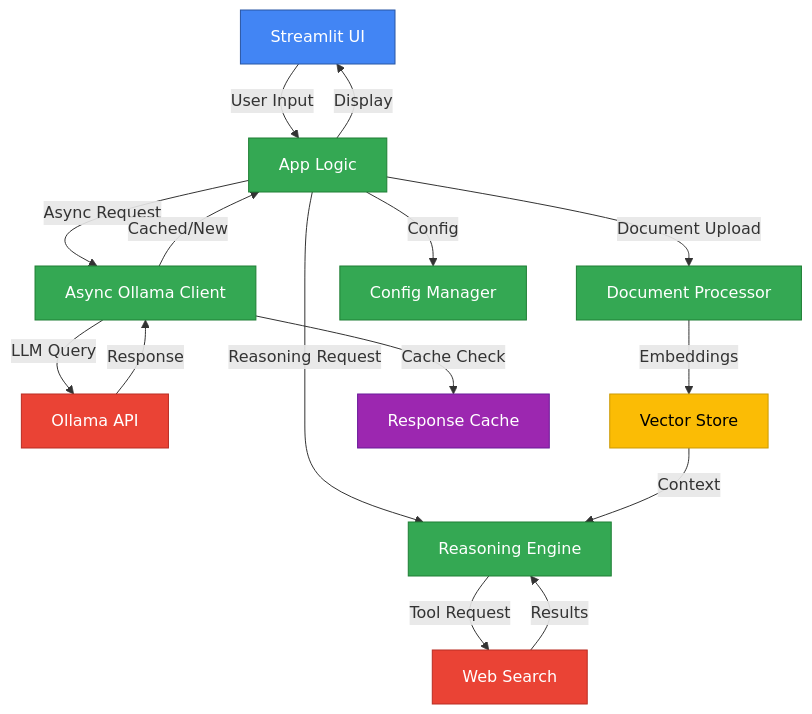
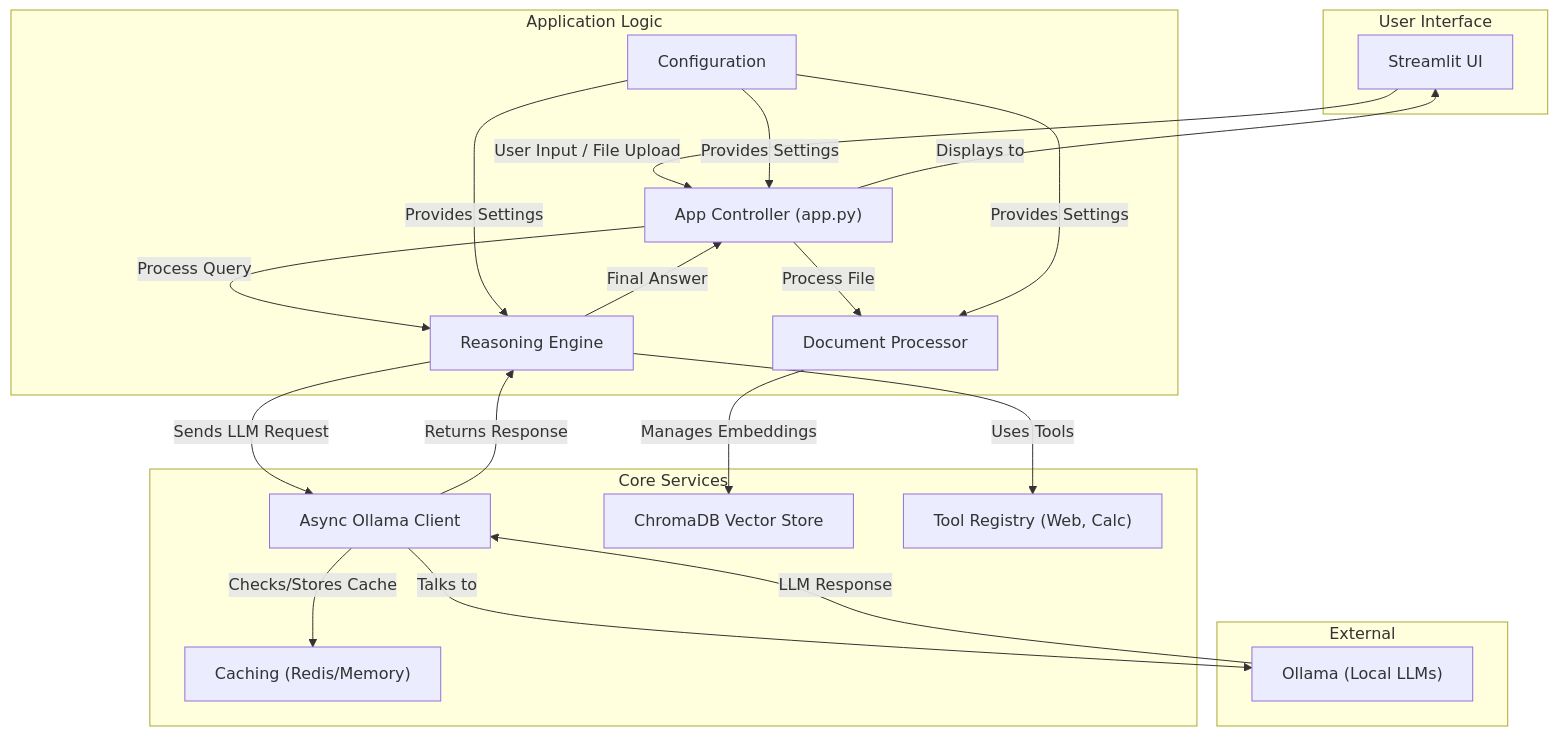
Before and after one commit to khaosans/basic-chat: the diagram in docs/ARCHITECTURE.md, drawn with Mermaid. The commit also changed other lines of this file and 10 other files, not shown here.

````diff
--- a/docs/ARCHITECTURE.md
+++ b/docs/ARCHITECTURE.md
@@ -12,34 +11,44 @@
 ```mermaid
 graph TD
-    classDef ui fill:#4285f4,stroke:#2956a3,color:white
-    classDef logic fill:#34a853,stroke:#1e7e34,color:white
-    classDef model fill:#ea4335,stroke:#b92d22,color:white
-    classDef storage fill:#fbbc05,stroke:#cc9a04,color:black
-    classDef cache fill:#9c27b0,stroke:#6a1b9a,color:white
+    subgraph User Interface
+        A["Streamlit UI"]
+    end
 
-    A["Streamlit UI"]:::ui
-    B["App Logic"]:::logic
-    C["Async Ollama Client"]:::logic
-    D["Reasoning Engine"]:::logic
-    E["Document Processor"]:::logic
-    F["Ollama API"]:::model
-    G["Web Search"]:::model
-    H["Vector Store"]:::storage
-    I["Response Cache"]:::cache
-    J["Config Manager"]:::logic
+    subgraph Application Logic
+        B["App Controller (app.py)"]
+        C["Reasoning Engine"]
+        D["Document Processor"]
+        E["Configuration"]
+    end
 
-    A -->|User Input| B
-    B -->|Async Request| C
-    B -->|Reasoning Request| D
-    B -->|Document Upload| E
-    C -->|LLM Query| F
-    D -->|Tool Request| G
-    E -->|Embeddings| H
-    C -->|Cache Check| I
-    B -->|Config| J
-    F -->|Response| C
-    G -->|Results| D
-    H -->|Context| D
-    C -->|Cached/New| B
-    B -->|Display| A
+    subgraph Core Services
+        F["Async Ollama Client"]
+        G["ChromaDB Vector Store"]
+        H["Tool Registry (Web, Calc)"]
+        I["Caching (Redis/Memory)"]
+    end
+    
+    subgraph External
+        J["Ollama (Local LLMs)"]
+    end
+
+    A -- "User Input / File Upload" --> B
+    B -- "Process Query" --> C
+    B -- "Process File" --> D
+    
+    C -- "Uses Tools" --> H
+    C -- "Sends LLM Request" --> F
+    D -- "Manages Embeddings" --> G
+    
+    F -- "Talks to" --> J
+    F -- "Checks/Stores Cache" --> I
+    
+    J -- "LLM Response" --> F
+    F -- "Returns Response" --> C
+    C -- "Final Answer" --> B
+    B -- "Displays to" --> A
+    
+    E -- "Provides Settings" --> B
+    E -- "Provides Settings" --> C
+    E -- "Provides Settings" --> D
 ```
````
